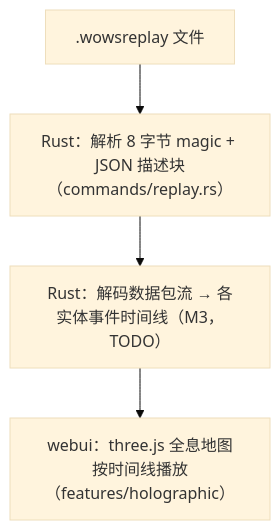
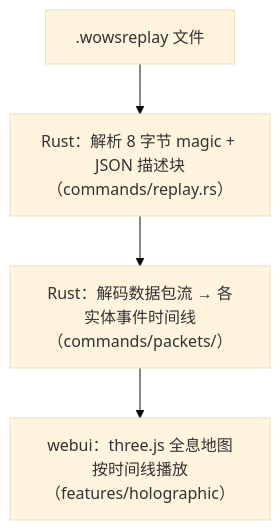
The first of 2 diagrams in docs/zh-CN/guides/architecture.md (langyo/wowsp), drawn with Mermaid (base theme) before and after one commit. The commit also changed other lines of this file and 69 other files, not shown here.

````diff
--- a/docs/zh-CN/guides/architecture.md
+++ b/docs/zh-CN/guides/architecture.md
@@ -13,6 +13,6 @@
 ```mermaid
 flowchart TD
     A[".wowsreplay 文件"] --> B["Rust：解析 8 字节 magic + JSON 描述块（commands/replay.rs）"]
-    B --> C["Rust：解码数据包流 → 各实体事件时间线（M3，TODO）"]
+    B --> C["Rust：解码数据包流 → 各实体事件时间线（commands/packets/）"]
     C --> D["webui：three.js 全息地图按时间线播放（features/holographic）"]
 ```
````
